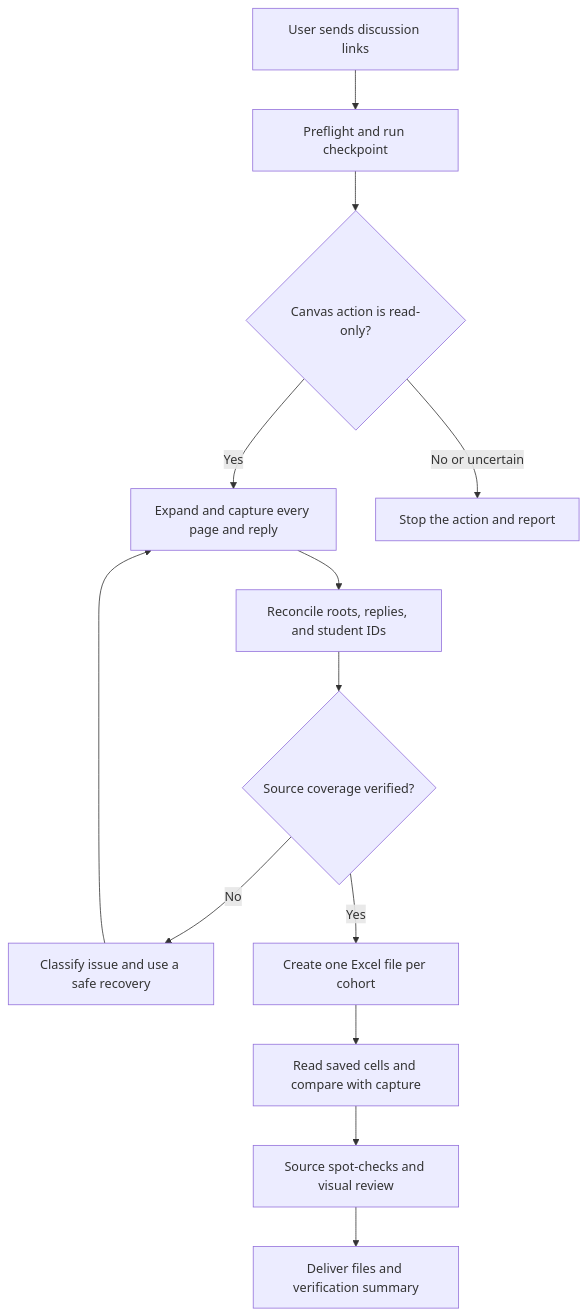
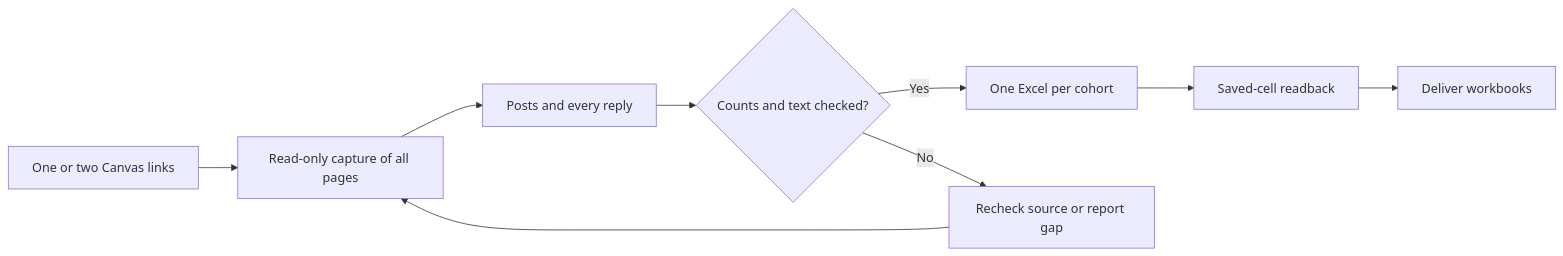
The diagram in README.md (dalalbhavik01/canvas-discussion-extractor), drawn with Mermaid before and after one commit. The commit also changed other lines of this file and 34 other files, not shown here.

````diff
--- a/README.md
+++ b/README.md
@@ -80,15 +41,11 @@
-```mermaid
-flowchart TD
-    A[User sends discussion links] --> B[Preflight and run checkpoint]
-    B --> C{Canvas action is read-only?}
-    C -->|Yes| D[Expand and capture every page and reply]
-    C -->|No or uncertain| X[Stop the action and report]
-    D --> E[Reconcile roots, replies, and student IDs]
-    E --> F{Source coverage verified?}
-    F -->|No| R[Classify issue and use a safe recovery]
-    R --> D
-    F -->|Yes| G[Create one Excel file per cohort]
-    G --> H[Read saved cells and compare with capture]
-    H --> I[Source spot-checks and visual review]
-    I --> J[Deliver files and verification summary]
-```
+~~~mermaid
+flowchart LR
+    A[One or two Canvas links] --> B[Read-only capture of all pages]
+    B --> C[Posts and every reply]
+    C --> D{Counts and text checked?}
+    D -->|Yes| E[One Excel per cohort]
+    E --> F[Saved-cell readback]
+    F --> G[Deliver workbooks]
+    D -->|No| H[Recheck source or report gap]
+    H --> B
+~~~
````
